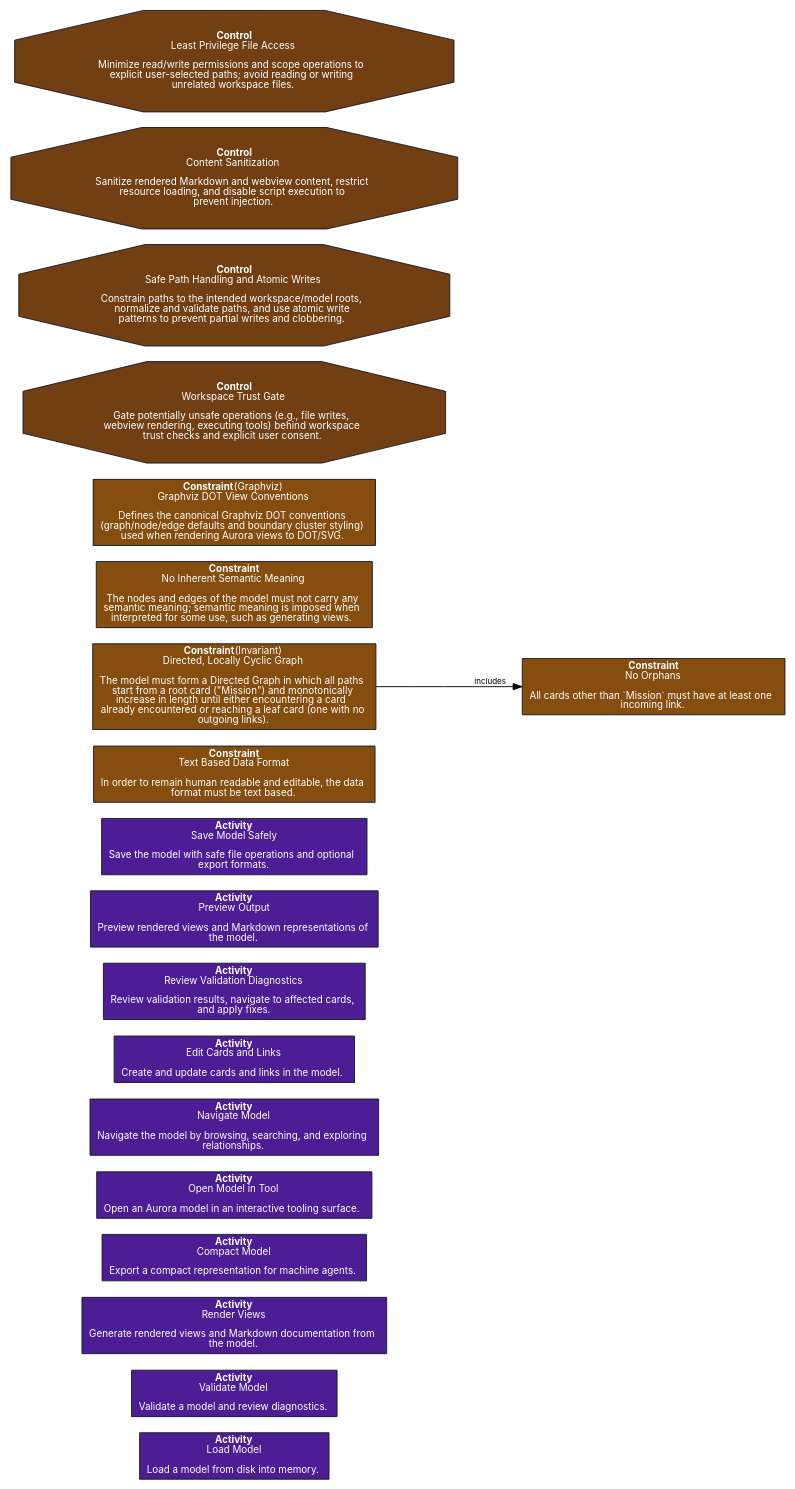
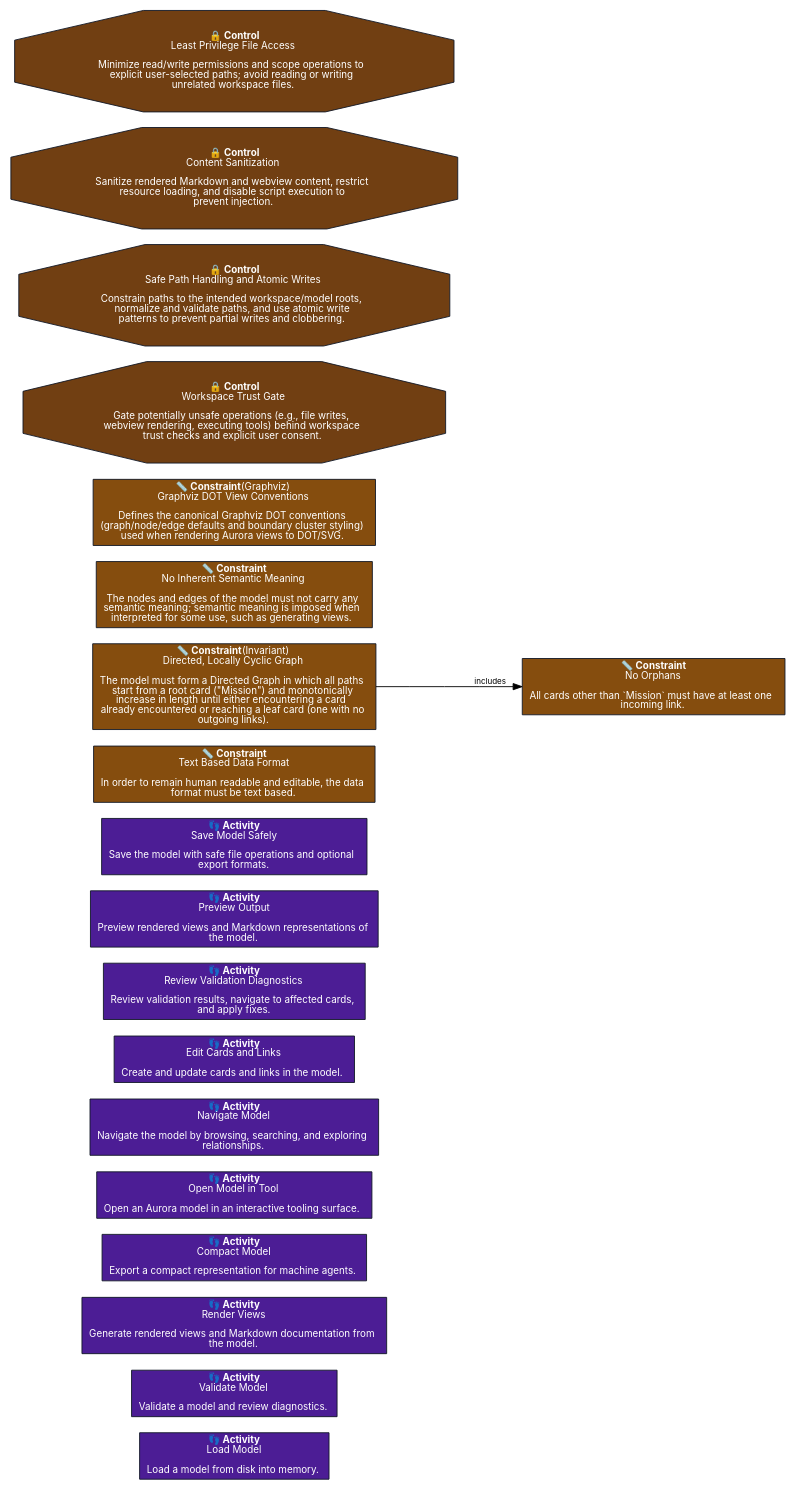
One commit to JEleniel/aurora changed the diagram in docs/design/MIS-001-Provide_Default_Tooling_for_AURORA/Views/source/State_Machine.view.dot. Above: the diagram before and after it, drawn with Graphviz. The commit also changed 113 other files, not shown here.

```diff
--- a/docs/design/MIS-001-Provide_Default_Tooling_for_AURORA/Views/source/State_Machine.view.dot
+++ b/docs/design/MIS-001-Provide_Default_Tooling_for_AURORA/Views/source/State_Machine.view.dot
@@ -1,25 +1,25 @@
 digraph "State Machine View" {
 	graph [bgcolor="#FFFFFF", fontname="Inter", rankdir="LR", splines="spline"];
 	node [color="#111827", fillcolor="#E5E7EB", fontcolor="#111827", fontname="Inter", fontsize="11", shape="box", style="filled"];
 	edge [color="#000000", fontcolor="#000000", fontname="Inter", fontsize="9"];
-	"ATV-001" [fillcolor="#4c1d95", fontcolor="#FFFFFF", label=<<FONT><B>Activity</B><br />Load Model<br /><br />Load a model from disk into memory.</FONT>>, shape="box"];
-	"ATV-002" [fillcolor="#4c1d95", fontcolor="#FFFFFF", label=<<FONT><B>Activity</B><br />Validate Model<br /><br />Validate a model and review diagnostics.</FONT>>, shape="box"];
-	"ATV-003" [fillcolor="#4c1d95", fontcolor="#FFFFFF", label=<<FONT><B>Activity</B><br />Render Views<br /><br />Generate rendered views and Markdown documentation from<br />the model.</FONT>>, shape="box"];
-	"ATV-004" [fillcolor="#4c1d95", fontcolor="#FFFFFF", label=<<FONT><B>Activity</B><br />Compact Model<br /><br />Export a compact representation for machine agents.</FONT>>, shape="box"];
-	"ATV-005" [fillcolor="#4c1d95", fontcolor="#FFFFFF", label=<<FONT><B>Activity</B><br />Open Model in Tool<br /><br />Open an Aurora model in an interactive tooling surface.</FONT>>, shape="box"];
-	"ATV-006" [fillcolor="#4c1d95", fontcolor="#FFFFFF", label=<<FONT><B>Activity</B><br />Navigate Model<br /><br />Navigate the model by browsing, searching, and exploring<br />relationships.</FONT>>, shape="box"];
-	"ATV-007" [fillcolor="#4c1d95", fontcolor="#FFFFFF", label=<<FONT><B>Activity</B><br />Edit Cards and Links<br /><br />Create and update cards and links in the model.</FONT>>, shape="box"];
-	"ATV-008" [fillcolor="#4c1d95", fontcolor="#FFFFFF", label=<<FONT><B>Activity</B><br />Review Validation Diagnostics<br /><br />Review validation results, navigate to affected cards,<br />and apply fixes.</FONT>>, shape="box"];
-	"ATV-009" [fillcolor="#4c1d95", fontcolor="#FFFFFF", label=<<FONT><B>Activity</B><br />Preview Output<br /><br />Preview rendered views and Markdown representations of<br />the model.</FONT>>, shape="box"];
-	"ATV-010" [fillcolor="#4c1d95", fontcolor="#FFFFFF", label=<<FONT><B>Activity</B><br />Save Model Safely<br /><br />Save the model with safe file operations and optional<br />export formats.</FONT>>, shape="box"];
-	"CNS-001" [fillcolor="#854d0e", fontcolor="#FFFFFF", label=<<FONT><B>Constraint</B><br />Text Based Data Format<br /><br />In order to remain human readable and editable, the data<br />format must be text based.</FONT>>, shape="box"];
-	"CNS-002" [fillcolor="#854d0e", fontcolor="#FFFFFF", label=<<FONT><B>Constraint</B> (Invariant)<br />Directed, Locally Cyclic Graph<br /><br />The model must form a Directed Graph in which all paths<br />start from a root card (&quot;Mission&quot;) and monotonically<br />increase in length until either encountering a card<br />already encountered or reaching a leaf card (one with no<br />outgoing links).</FONT>>, shape="box"];
-	"CNS-003" [fillcolor="#854d0e", fontcolor="#FFFFFF", label=<<FONT><B>Constraint</B><br />No Inherent Semantic Meaning<br /><br />The nodes and edges of the model must not carry any<br />semantic meaning; semantic meaning is imposed when<br />interpreted for some use, such as generating views.</FONT>>, shape="box"];
-	"CNS-004" [fillcolor="#854d0e", fontcolor="#FFFFFF", label=<<FONT><B>Constraint</B><br />No Orphans<br /><br />All cards other than `Mission` must have at least one<br />incoming link.</FONT>>, shape="box"];
-	"CNS-005" [fillcolor="#854d0e", fontcolor="#FFFFFF", label=<<FONT><B>Constraint</B> (Graphviz)<br />Graphviz DOT View Conventions<br /><br />Defines the canonical Graphviz DOT conventions<br />(graph/node/edge defaults and boundary cluster styling)<br />used when rendering Aurora views to DOT/SVG.</FONT>>, shape="box"];
-	"CTL-001" [fillcolor="#713f12", fontcolor="#FFFFFF", label=<<FONT><B>Control</B><br />Workspace Trust Gate<br /><br />Gate potentially unsafe operations (e.g., file writes,<br />webview rendering, executing tools) behind workspace<br />trust checks and explicit user consent.</FONT>>, shape="octagon"];
-	"CTL-002" [fillcolor="#713f12", fontcolor="#FFFFFF", label=<<FONT><B>Control</B><br />Safe Path Handling and Atomic Writes<br /><br />Constrain paths to the intended workspace/model roots,<br />normalize and validate paths, and use atomic write<br />patterns to prevent partial writes and clobbering.</FONT>>, shape="octagon"];
-	"CTL-003" [fillcolor="#713f12", fontcolor="#FFFFFF", label=<<FONT><B>Control</B><br />Content Sanitization<br /><br />Sanitize rendered Markdown and webview content, restrict<br />resource loading, and disable script execution to<br />prevent injection.</FONT>>, shape="octagon"];
-	"CTL-004" [fillcolor="#713f12", fontcolor="#FFFFFF", label=<<FONT><B>Control</B><br />Least Privilege File Access<br /><br />Minimize read/write permissions and scope operations to<br />explicit user-selected paths; avoid reading or writing<br />unrelated workspace files.</FONT>>, shape="octagon"];
+	"ATV-001" [fillcolor="#4c1d95", fontcolor="#FFFFFF", label=<<FONT><B>👣 Activity</B><br />Load Model<br /><br />Load a model from disk into memory.</FONT>>, shape="box"];
+	"ATV-002" [fillcolor="#4c1d95", fontcolor="#FFFFFF", label=<<FONT><B>👣 Activity</B><br />Validate Model<br /><br />Validate a model and review diagnostics.</FONT>>, shape="box"];
+	"ATV-003" [fillcolor="#4c1d95", fontcolor="#FFFFFF", label=<<FONT><B>👣 Activity</B><br />Render Views<br /><br />Generate rendered views and Markdown documentation from<br />the model.</FONT>>, shape="box"];
+	"ATV-004" [fillcolor="#4c1d95", fontcolor="#FFFFFF", label=<<FONT><B>👣 Activity</B><br />Compact Model<br /><br />Export a compact representation for machine agents.</FONT>>, shape="box"];
+	"ATV-005" [fillcolor="#4c1d95", fontcolor="#FFFFFF", label=<<FONT><B>👣 Activity</B><br />Open Model in Tool<br /><br />Open an Aurora model in an interactive tooling surface.</FONT>>, shape="box"];
+	"ATV-006" [fillcolor="#4c1d95", fontcolor="#FFFFFF", label=<<FONT><B>👣 Activity</B><br />Navigate Model<br /><br />Navigate the model by browsing, searching, and exploring<br />relationships.</FONT>>, shape="box"];
+	"ATV-007" [fillcolor="#4c1d95", fontcolor="#FFFFFF", label=<<FONT><B>👣 Activity</B><br />Edit Cards and Links<br /><br />Create and update cards and links in the model.</FONT>>, shape="box"];
+	"ATV-008" [fillcolor="#4c1d95", fontcolor="#FFFFFF", label=<<FONT><B>👣 Activity</B><br />Review Validation Diagnostics<br /><br />Review validation results, navigate to affected cards,<br />and apply fixes.</FONT>>, shape="box"];
+	"ATV-009" [fillcolor="#4c1d95", fontcolor="#FFFFFF", label=<<FONT><B>👣 Activity</B><br />Preview Output<br /><br />Preview rendered views and Markdown representations of<br />the model.</FONT>>, shape="box"];
+	"ATV-010" [fillcolor="#4c1d95", fontcolor="#FFFFFF", label=<<FONT><B>👣 Activity</B><br />Save Model Safely<br /><br />Save the model with safe file operations and optional<br />export formats.</FONT>>, shape="box"];
+	"CNS-001" [fillcolor="#854d0e", fontcolor="#FFFFFF", label=<<FONT><B>📏 Constraint</B><br />Text Based Data Format<br /><br />In order to remain human readable and editable, the data<br />format must be text based.</FONT>>, shape="box"];
+	"CNS-002" [fillcolor="#854d0e", fontcolor="#FFFFFF", label=<<FONT><B>📏 Constraint</B> (Invariant)<br />Directed, Locally Cyclic Graph<br /><br />The model must form a Directed Graph in which all paths<br />start from a root card (&quot;Mission&quot;) and monotonically<br />increase in length until either encountering a card<br />already encountered or reaching a leaf card (one with no<br />outgoing links).</FONT>>, shape="box"];
+	"CNS-003" [fillcolor="#854d0e", fontcolor="#FFFFFF", label=<<FONT><B>📏 Constraint</B><br />No Inherent Semantic Meaning<br /><br />The nodes and edges of the model must not carry any<br />semantic meaning; semantic meaning is imposed when<br />interpreted for some use, such as generating views.</FONT>>, shape="box"];
+	"CNS-004" [fillcolor="#854d0e", fontcolor="#FFFFFF", label=<<FONT><B>📏 Constraint</B><br />No Orphans<br /><br />All cards other than `Mission` must have at least one<br />incoming link.</FONT>>, shape="box"];
+	"CNS-005" [fillcolor="#854d0e", fontcolor="#FFFFFF", label=<<FONT><B>📏 Constraint</B> (Graphviz)<br />Graphviz DOT View Conventions<br /><br />Defines the canonical Graphviz DOT conventions<br />(graph/node/edge defaults and boundary cluster styling)<br />used when rendering Aurora views to DOT/SVG.</FONT>>, shape="box"];
+	"CTL-001" [fillcolor="#713f12", fontcolor="#FFFFFF", label=<<FONT><B>🔒 Control</B><br />Workspace Trust Gate<br /><br />Gate potentially unsafe operations (e.g., file writes,<br />webview rendering, executing tools) behind workspace<br />trust checks and explicit user consent.</FONT>>, shape="octagon"];
+	"CTL-002" [fillcolor="#713f12", fontcolor="#FFFFFF", label=<<FONT><B>🔒 Control</B><br />Safe Path Handling and Atomic Writes<br /><br />Constrain paths to the intended workspace/model roots,<br />normalize and validate paths, and use atomic write<br />patterns to prevent partial writes and clobbering.</FONT>>, shape="octagon"];
+	"CTL-003" [fillcolor="#713f12", fontcolor="#FFFFFF", label=<<FONT><B>🔒 Control</B><br />Content Sanitization<br /><br />Sanitize rendered Markdown and webview content, restrict<br />resource loading, and disable script execution to<br />prevent injection.</FONT>>, shape="octagon"];
+	"CTL-004" [fillcolor="#713f12", fontcolor="#FFFFFF", label=<<FONT><B>🔒 Control</B><br />Least Privilege File Access<br /><br />Minimize read/write permissions and scope operations to<br />explicit user-selected paths; avoid reading or writing<br />unrelated workspace files.</FONT>>, shape="octagon"];
 	"CNS-002" -> "CNS-004" [label="includes"];
 }
```
